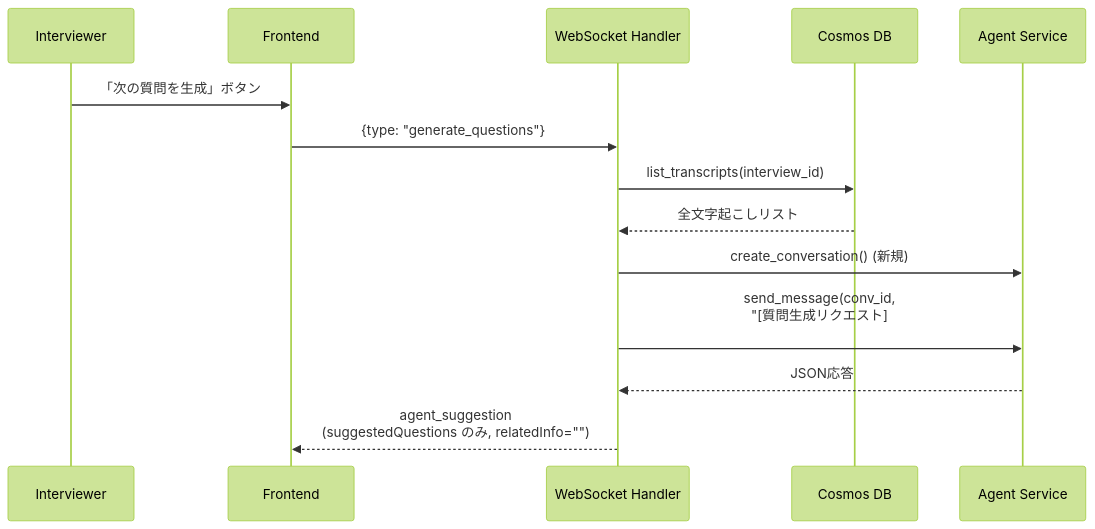
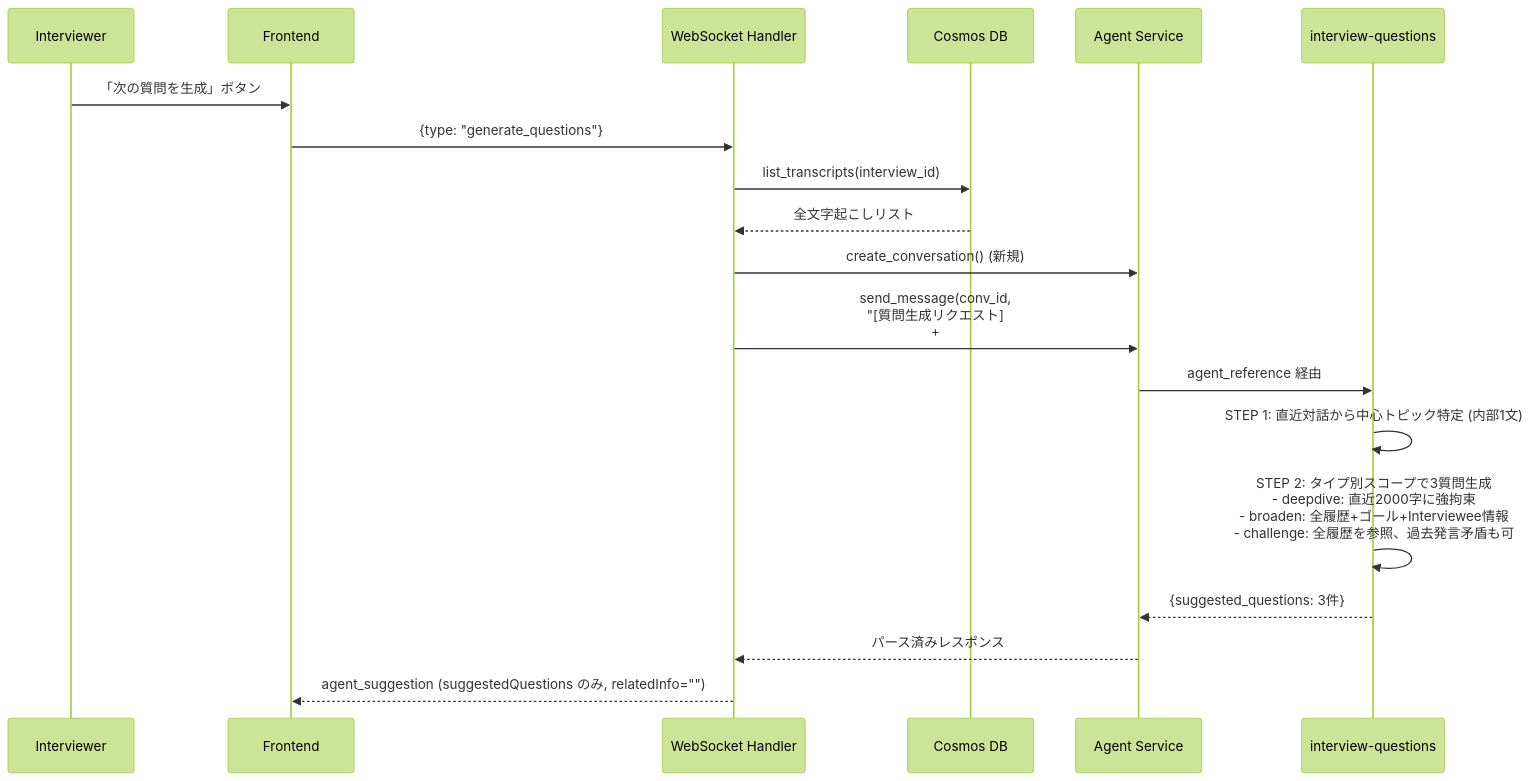
One commit to hatasaki/Interview-Assistant-AI changed the tenth of 22 diagrams in spec/architecture.md. Above: the diagram before and after it, drawn with Mermaid (forest theme). The commit also changed other lines of this file and 5 other files, not shown here.

Commit message:
Refactor architecture to implement role-specific Foundry Agents

````diff
--- a/spec/architecture.md
+++ b/spec/architecture.md
@@ -446,17 +494,22 @@
 ```mermaid
 sequenceDiagram
     participant User as Interviewer
     participant FE as Frontend
     participant WS_SRV as WebSocket Handler
     participant DB as Cosmos DB
     participant AGT as Agent Service
+    participant Q as interview-questions
 
     User->>FE: 「次の質問を生成」ボタン
     FE->>WS_SRV: {type: "generate_questions"}
     WS_SRV->>DB: list_transcripts(interview_id)
     DB-->>WS_SRV: 全文字起こしリスト
     WS_SRV->>AGT: create_conversation() (新規)
-    WS_SRV->>AGT: send_message(conv_id,<br/>"[質問生成リクエスト]<br/>## インタビュー情報<br/>{context}<br/>## 直近の文字起こし履歴<br/>{last 5000 chars}<br/><br/>次に聞くべき質問案を最大3個提示。<br/>related_infoは空文字列に。")
-    AGT-->>WS_SRV: JSON応答
-    WS_SRV-->>FE: agent_suggestion<br/>(suggestedQuestions のみ, relatedInfo="")
+    WS_SRV->>AGT: send_message(conv_id,<br/>"[質問生成リクエスト]<br/>+ ## インタビュー情報<br/>+ ## 文字起こし全履歴 (末尾30,000字)<br/>+ ## 直近の対話 (末尾2,000字)",<br/>QUESTIONS_AGENT_NAME)
+    AGT->>Q: agent_reference 経由
+    Q->>Q: STEP 1: 直近対話から中心トピック特定 (内部1文)
+    Q->>Q: STEP 2: タイプ別スコープで3質問生成<br/>- deepdive: 直近2000字に強拘束<br/>- broaden: 全履歴+ゴール+Interviewee情報<br/>- challenge: 全履歴を参照、過去発言矛盾も可
+    Q-->>AGT: {suggested_questions: 3件}
+    AGT-->>WS_SRV: パース済みレスポンス
+    WS_SRV-->>FE: agent_suggestion (suggestedQuestions のみ, relatedInfo="")
 ```
````
